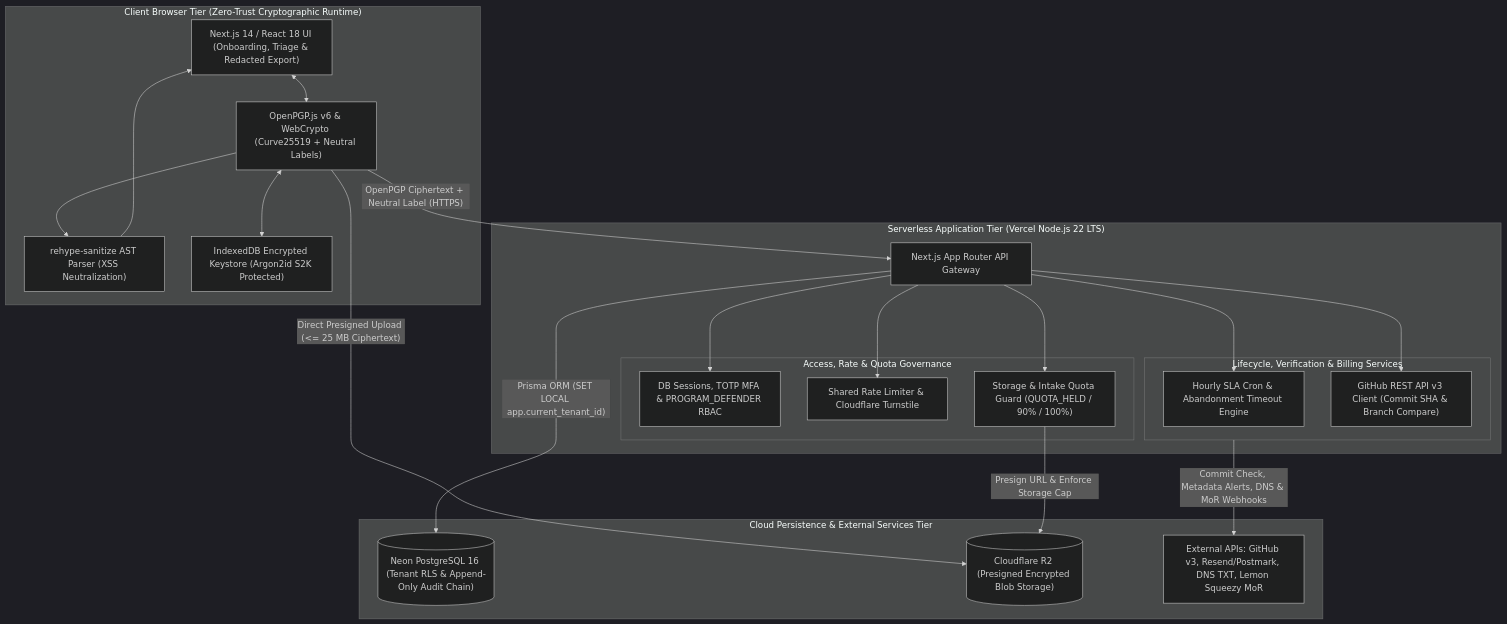
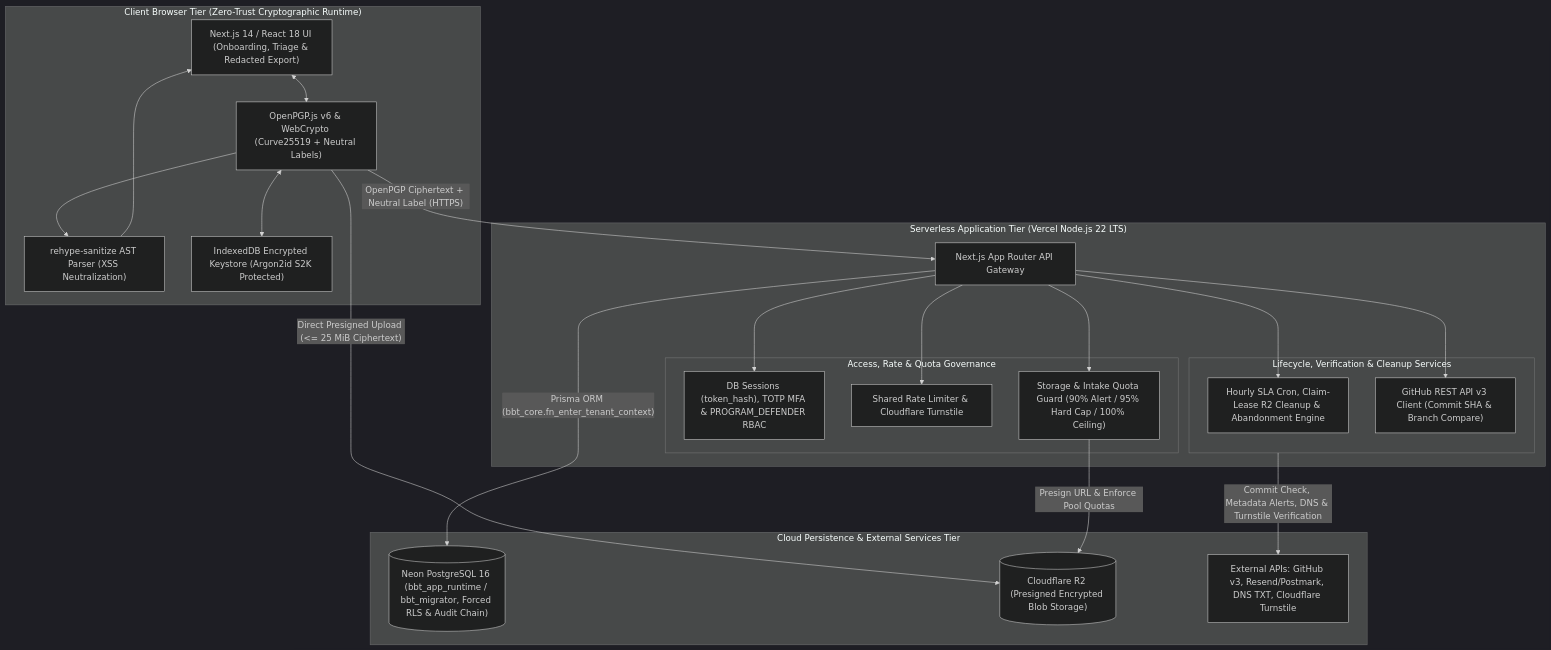
One commit to Taha-Asad/BugBountyTracker changed the diagram in requirements/diagrams/fig4_1_component.mmd. Above: the diagram before and after it, drawn with Mermaid (dark theme). The commit also changed 27 other files, not shown here.

Commit message:
docs(srs): upgrade to Revision 2.6 resolving all 7 pre-freeze audit findings and synchronizing diagrams

```diff
--- a/requirements/diagrams/fig4_1_component.mmd
+++ b/requirements/diagrams/fig4_1_component.mmd
@@ -1,40 +1,40 @@
 flowchart TD
     subgraph ClientTier["Client Browser Tier (Zero-Trust Cryptographic Runtime)"]
         UI["Next.js 14 / React 18 UI (Onboarding, Triage & Redacted Export)"]
         CryptoEngine["OpenPGP.js v6 & WebCrypto (Curve25519 + Neutral Labels)"]
         ASTSanitizer["rehype-sanitize AST Parser (XSS Neutralization)"]
         LocalKeyStore["IndexedDB Encrypted Keystore (Argon2id S2K Protected)"]
         UI <--> CryptoEngine
         CryptoEngine <--> LocalKeyStore
         CryptoEngine --> ASTSanitizer --> UI
     end
 
     subgraph AppTier["Serverless Application Tier (Vercel Node.js 22 LTS)"]
         APIRoute["Next.js App Router API Gateway"]
         subgraph SecLayer["Access, Rate & Quota Governance"]
-            AuthMiddleware["DB Sessions, TOTP MFA & PROGRAM_DEFENDER RBAC"]
+            AuthMiddleware["DB Sessions (token_hash), TOTP MFA & PROGRAM_DEFENDER RBAC"]
             RateLimiter["Shared Rate Limiter & Cloudflare Turnstile"]
-            QuotaGuard["Storage & Intake Quota Guard (QUOTA_HELD / 90% / 100%)"]
+            QuotaGuard["Storage & Intake Quota Guard (90% Alert / 95% Hard Cap / 100% Ceiling)"]
         end
-        subgraph WorkLayer["Lifecycle, Verification & Billing Services"]
-            SLAEngine["Hourly SLA Cron & Abandonment Timeout Engine"]
+        subgraph WorkLayer["Lifecycle, Verification & Cleanup Services"]
+            SLAEngine["Hourly SLA Cron, Claim-Lease R2 Cleanup & Abandonment Engine"]
             GitHubClient["GitHub REST API v3 Client (Commit SHA & Branch Compare)"]
         end
         APIRoute --> AuthMiddleware
         APIRoute --> RateLimiter
         APIRoute --> QuotaGuard
         APIRoute --> SLAEngine
         APIRoute --> GitHubClient
     end
 
     subgraph PersistenceTier["Cloud Persistence & External Services Tier"]
-        PostgresDB[("Neon PostgreSQL 16 (Tenant RLS & Append-Only Audit Chain)")]
+        PostgresDB[("Neon PostgreSQL 16 (bbt_app_runtime / bbt_migrator, Forced RLS & Audit Chain)")]
         R2Storage[("Cloudflare R2 (Presigned Encrypted Blob Storage)")]
-        ExtServices["External APIs: GitHub v3, Resend/Postmark, DNS TXT, Lemon Squeezy MoR"]
+        ExtServices["External APIs: GitHub v3, Resend/Postmark, DNS TXT, Cloudflare Turnstile"]
     end
 
     CryptoEngine -- "OpenPGP Ciphertext + Neutral Label (HTTPS)" --> APIRoute
-    CryptoEngine -- "Direct Presigned Upload (<= 25 MB Ciphertext)" --> R2Storage
-    APIRoute -- "Prisma ORM (SET LOCAL app.current_tenant_id)" --> PostgresDB
-    QuotaGuard -- "Presign URL & Enforce Storage Cap" --> R2Storage
-    WorkLayer -- "Commit Check, Metadata Alerts, DNS & MoR Webhooks" --> ExtServices
+    CryptoEngine -- "Direct Presigned Upload (<= 25 MiB Ciphertext)" --> R2Storage
+    APIRoute -- "Prisma ORM (bbt_core.fn_enter_tenant_context)" --> PostgresDB
+    QuotaGuard -- "Presign URL & Enforce Pool Quotas" --> R2Storage
+    WorkLayer -- "Commit Check, Metadata Alerts, DNS & Turnstile Verification" --> ExtServices
```
